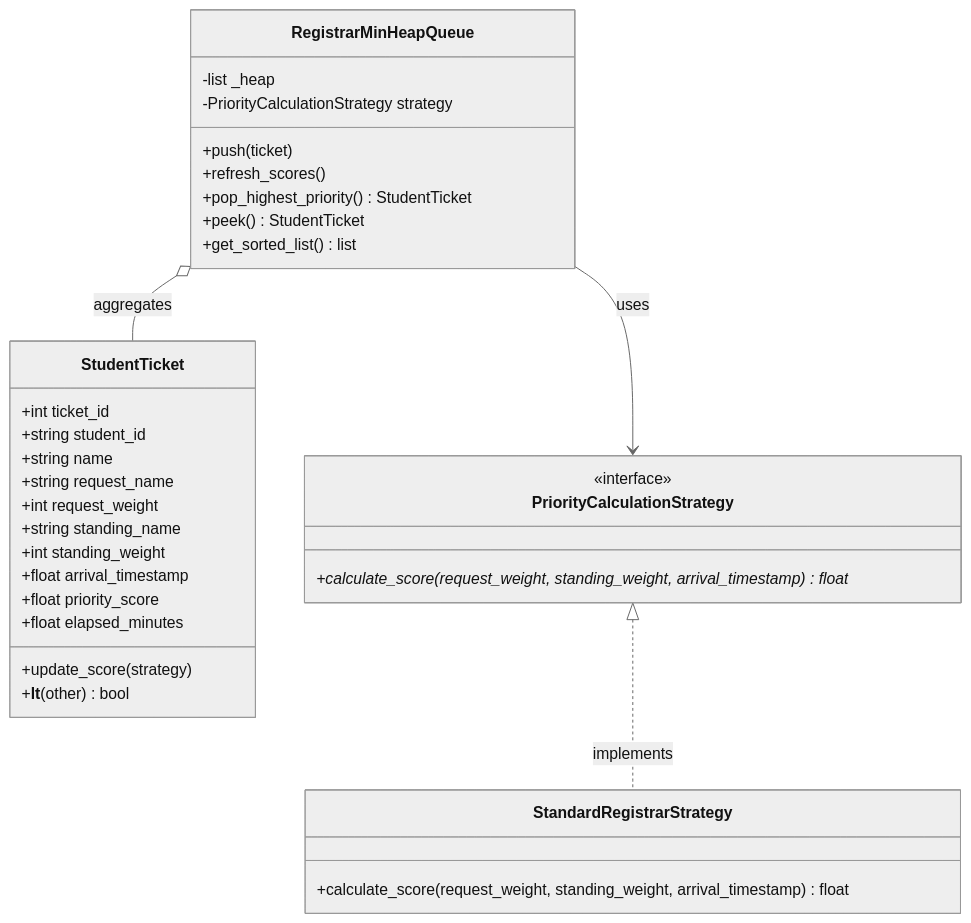
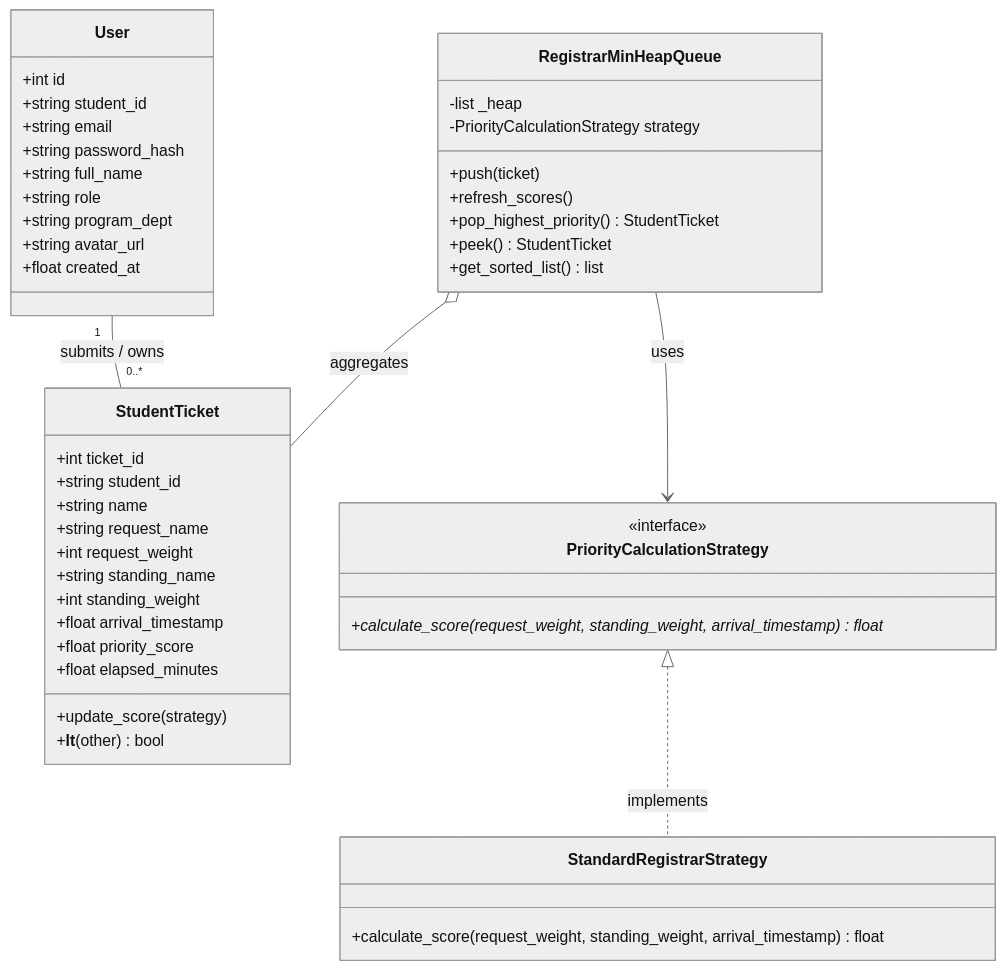
Before and after one commit to justinovate/cpe106l-4_finalproject: the third of 5 diagrams in PROPOSAL.md, drawn with Mermaid (neutral theme). The commit also changed other lines of this file and 3 other files, not shown here.

````diff
--- a/PROPOSAL.md
+++ b/PROPOSAL.md
@@ -197,40 +212,53 @@
 ```mermaid
 classDiagram
+    class User {
+        +int id
+        +string student_id
+        +string email
+        +string password_hash
+        +string full_name
+        +string role
+        +string program_dept
+        +string avatar_url
+        +float created_at
+    }
+
     class StudentTicket {
         +int ticket_id
         +string student_id
         +string name
         +string request_name
         +int request_weight
         +string standing_name
         +int standing_weight
         +float arrival_timestamp
         +float priority_score
         +float elapsed_minutes
         +update_score(strategy)
         +__lt__(other) bool
     }
 
     class PriorityCalculationStrategy {
         <<interface>>
         +calculate_score(request_weight, standing_weight, arrival_timestamp)* float
     }
 
     class StandardRegistrarStrategy {
         +calculate_score(request_weight, standing_weight, arrival_timestamp) float
     }
 
     class RegistrarMinHeapQueue {
         -list _heap
         -PriorityCalculationStrategy strategy
         +push(ticket)
         +refresh_scores()
         +pop_highest_priority() StudentTicket
         +peek() StudentTicket
         +get_sorted_list() list
     }
 
     PriorityCalculationStrategy <|.. StandardRegistrarStrategy : implements
     RegistrarMinHeapQueue o-- StudentTicket : aggregates
     RegistrarMinHeapQueue --> PriorityCalculationStrategy : uses
+    User "1" -- "0..*" StudentTicket : submits / owns
 ```
````
